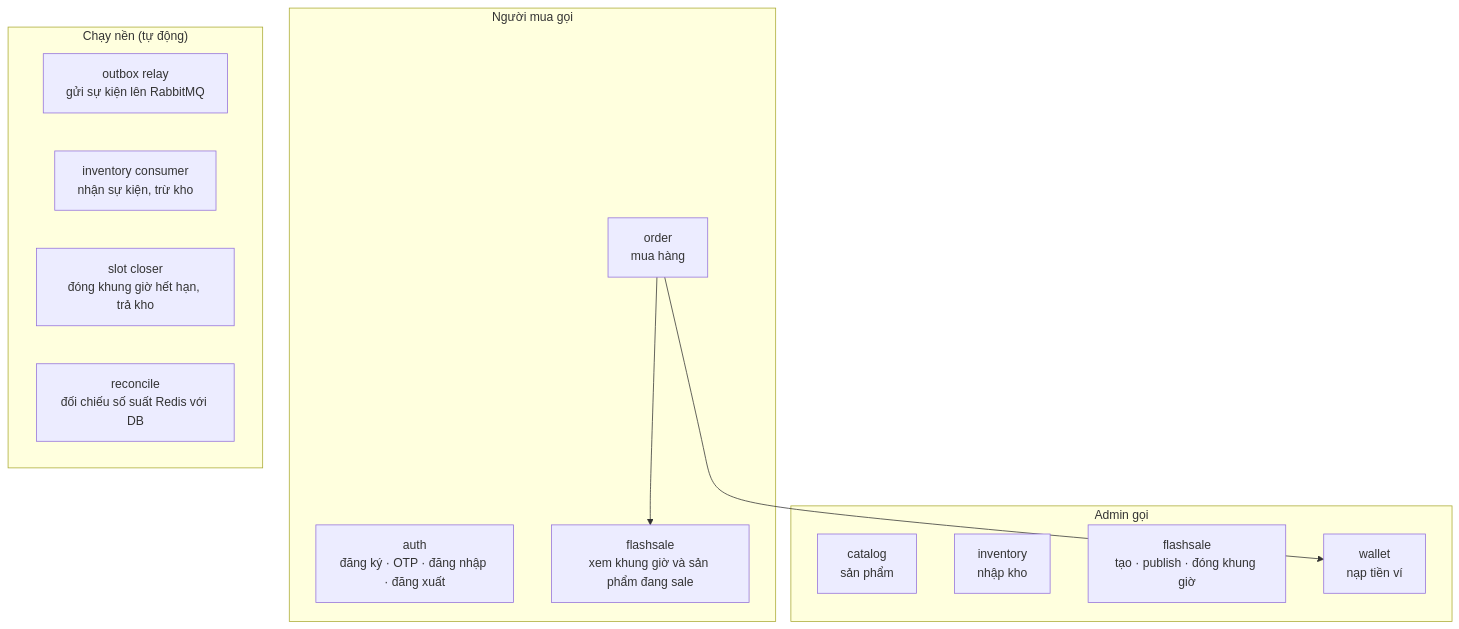
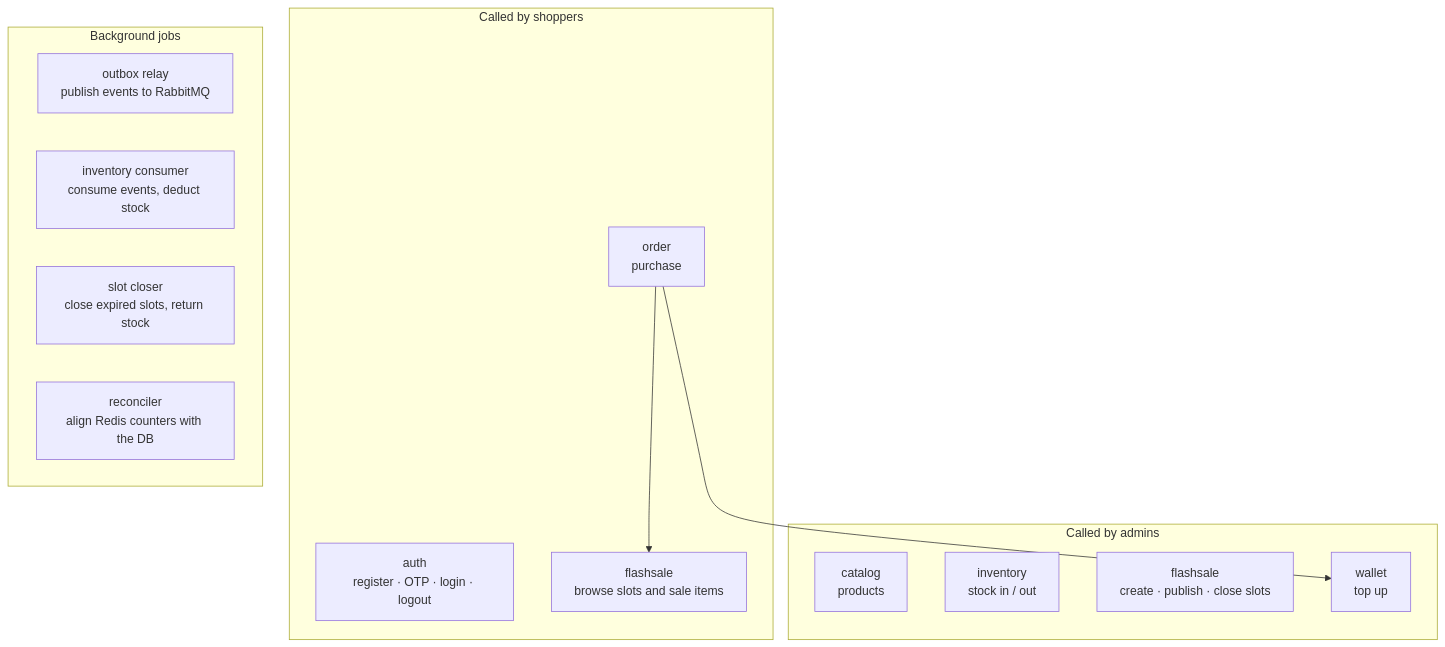
One commit to lebronjamesbe01-dev/flashsale-service changed the second of 4 diagrams in README.md. Above: the diagram before and after it, drawn with Mermaid. The commit also changed other lines of this file, not shown here.

````diff
--- a/README.md
+++ b/README.md
@@ -39,22 +39,22 @@
 ```mermaid
 flowchart TB
-    subgraph SHOPPER["Người mua gọi"]
-        AUTH["auth<br/>đăng ký · OTP · đăng nhập · đăng xuất"]
-        VIEW["flashsale<br/>xem khung giờ và sản phẩm đang sale"]
-        ORD["order<br/>mua hàng"]
+    subgraph SHOPPER["Called by shoppers"]
+        AUTH["auth<br/>register · OTP · login · logout"]
+        VIEW["flashsale<br/>browse slots and sale items"]
+        ORD["order<br/>purchase"]
     end
-    subgraph ADMIN["Admin gọi"]
-        CAT["catalog<br/>sản phẩm"]
-        INVA["inventory<br/>nhập kho"]
-        SLOT["flashsale<br/>tạo · publish · đóng khung giờ"]
-        WAL["wallet<br/>nạp tiền ví"]
+    subgraph ADMIN["Called by admins"]
+        CAT["catalog<br/>products"]
+        INVA["inventory<br/>stock in / out"]
+        SLOT["flashsale<br/>create · publish · close slots"]
+        WAL["wallet<br/>top up"]
     end
-    subgraph BG["Chạy nền (tự động)"]
-        RELAY["outbox relay<br/>gửi sự kiện lên RabbitMQ"]
-        CONS["inventory consumer<br/>nhận sự kiện, trừ kho"]
-        CLOSE["slot closer<br/>đóng khung giờ hết hạn, trả kho"]
-        REC["reconcile<br/>đối chiếu số suất Redis với DB"]
+    subgraph BG["Background jobs"]
+        RELAY["outbox relay<br/>publish events to RabbitMQ"]
+        CONS["inventory consumer<br/>consume events, deduct stock"]
+        CLOSE["slot closer<br/>close expired slots, return stock"]
+        REC["reconciler<br/>align Redis counters with the DB"]
     end
     ORD --> VIEW
     ORD --> WAL
 ```
````
